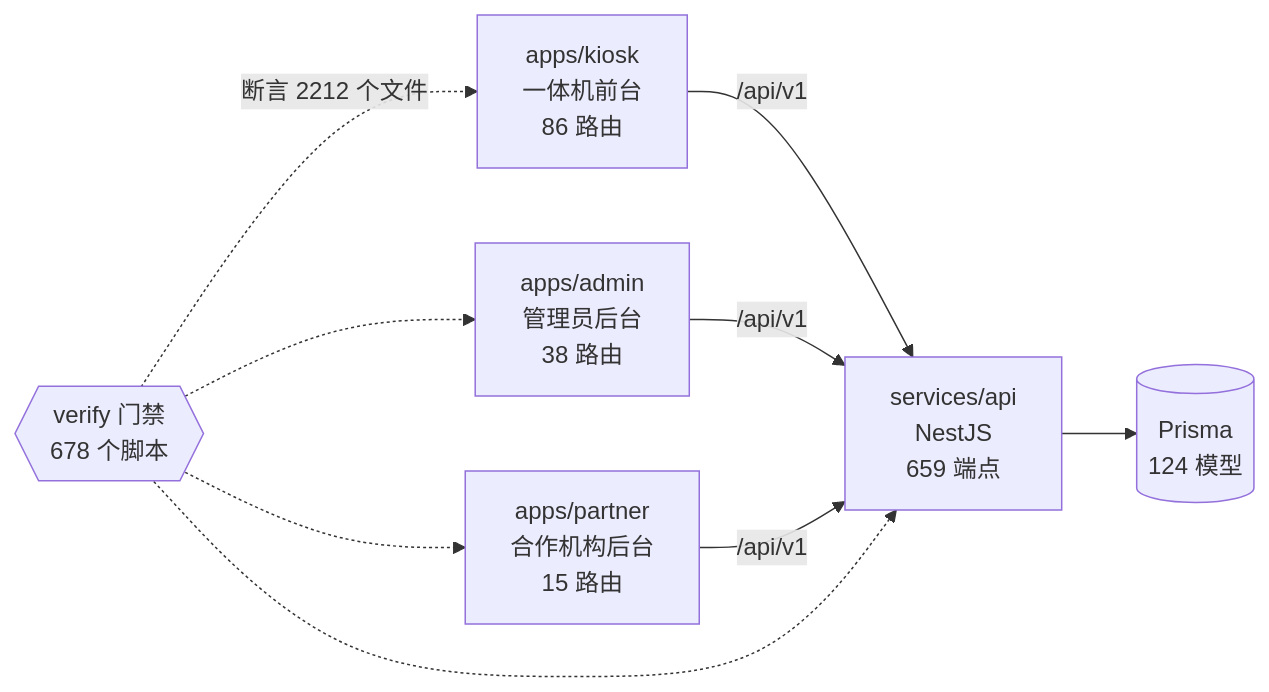
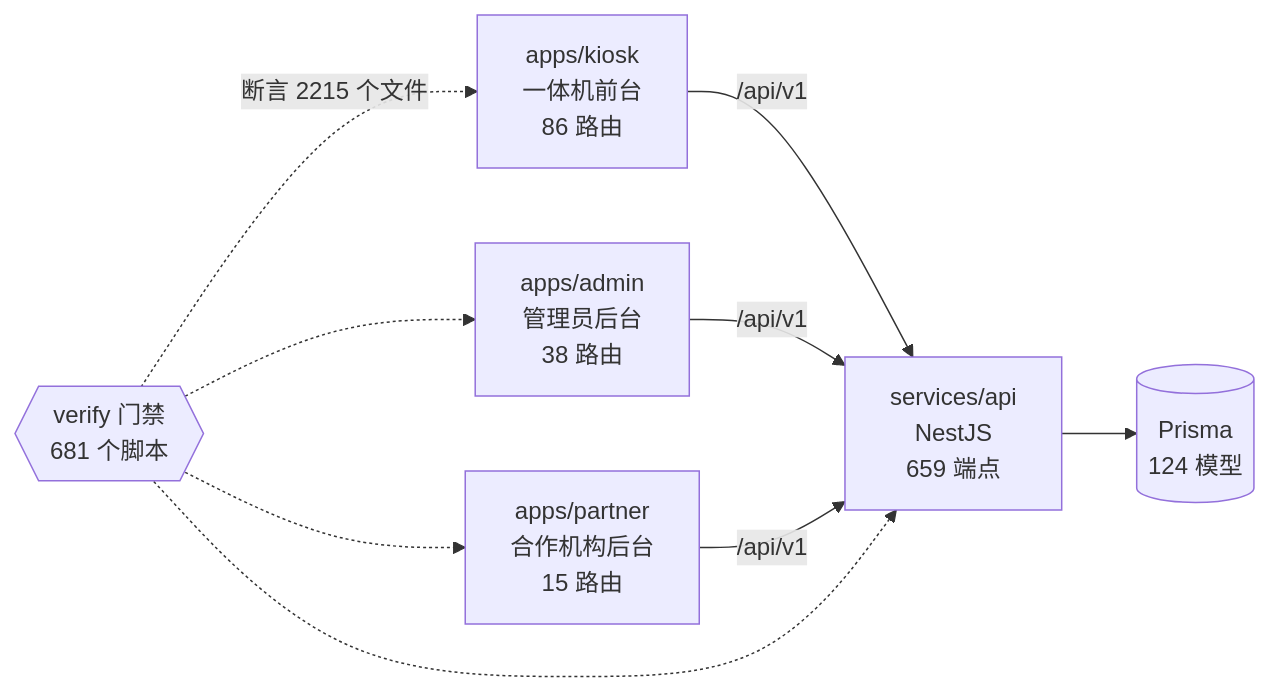
Before and after one commit to wanglei581/YITIJI: the diagram in docs/graph/README.md, drawn with Mermaid. The commit also changed other lines of this file and 3 other files, not shown here.

Commit message:
图谱：跟上收费后台与门禁小尾巴（P1e）

````diff
--- a/docs/graph/README.md
+++ b/docs/graph/README.md
@@ -68,18 +68,18 @@
 ```mermaid
 flowchart LR
   kiosk["apps/kiosk<br/>一体机前台<br/>86 路由"]
   admin["apps/admin<br/>管理员后台<br/>38 路由"]
   partner["apps/partner<br/>合作机构后台<br/>15 路由"]
   api["services/api<br/>NestJS<br/>659 端点"]
   db[("Prisma<br/>124 模型")]
-  gates{{"verify 门禁<br/>678 个脚本"}}
+  gates{{"verify 门禁<br/>681 个脚本"}}
 
   kiosk -->|"/api/v1"| api
   admin -->|"/api/v1"| api
   partner -->|"/api/v1"| api
   api --> db
-  gates -.->|"断言 2212 个文件"| kiosk
+  gates -.->|"断言 2215 个文件"| kiosk
   gates -.-> admin
   gates -.-> partner
   gates -.-> api
 ```
````
